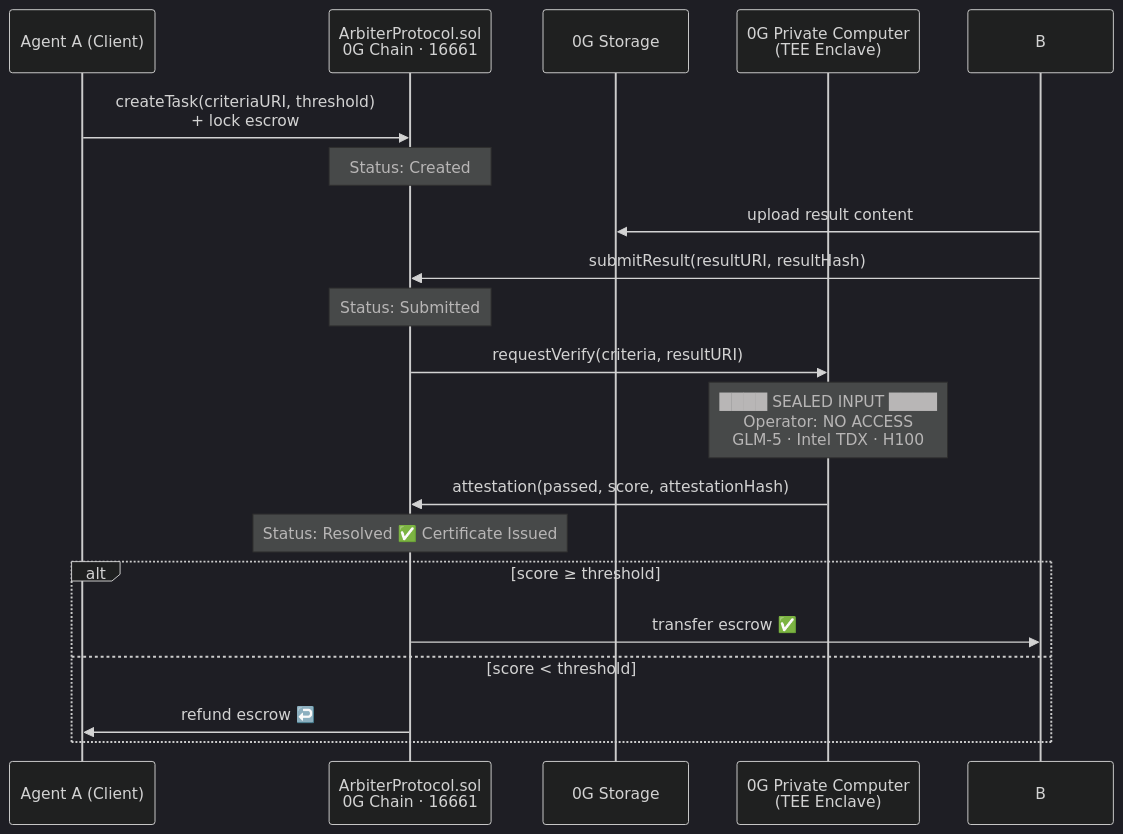
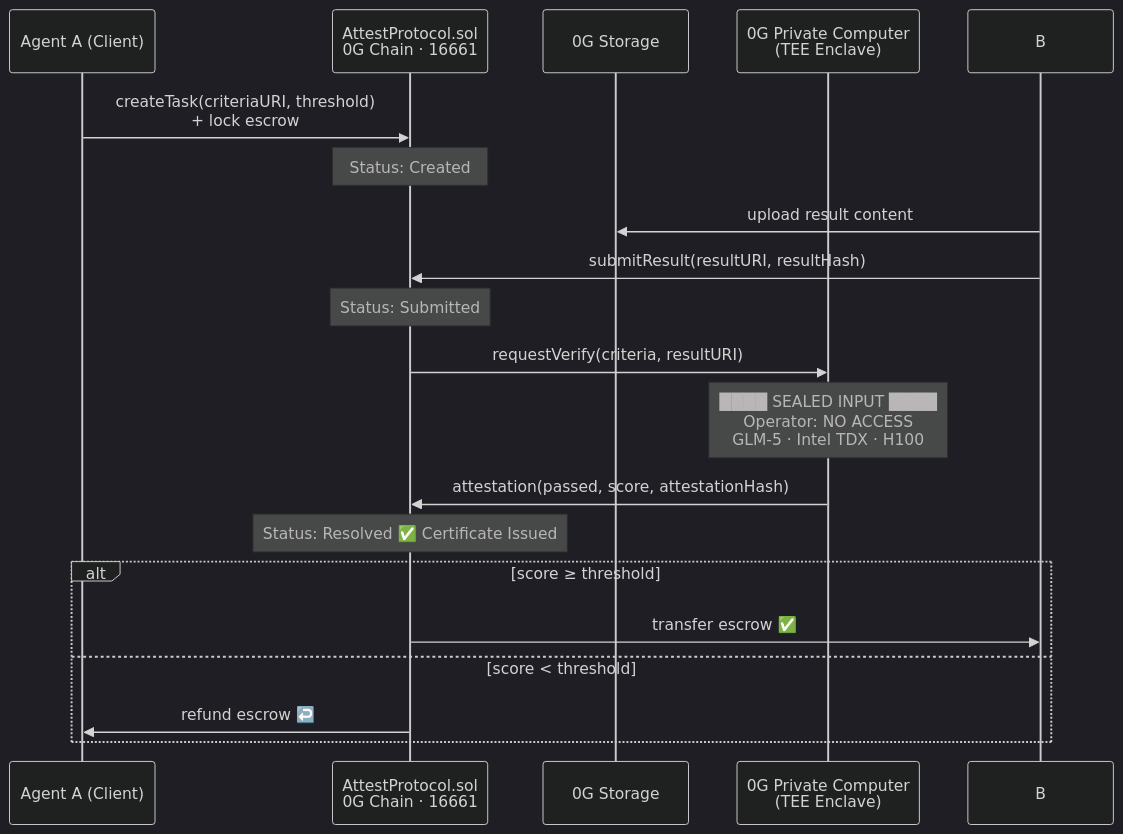
One commit to programmeryuanyuan/ArbiterEscrow changed the second of 2 diagrams in README.md. Above: the diagram before and after it, drawn with Mermaid (dark theme). The commit also changed other lines of this file and 9 other files, not shown here.

````diff
--- a/README.md
+++ b/README.md
@@ -88,26 +131,26 @@
 ```mermaid
 sequenceDiagram
     participant A as Agent A (Client)
-    participant C as ArbiterProtocol.sol<br/>0G Chain · 16661
+    participant C as AttestProtocol.sol<br/>0G Chain · 16661
     participant S as 0G Storage
     participant T as 0G Private Computer<br/>(TEE Enclave)
 
     A->>C: createTask(criteriaURI, threshold)<br/>+ lock escrow
     Note over C: Status: Created
 
     B->>S: upload result content
     B->>C: submitResult(resultURI, resultHash)
     Note over C: Status: Submitted
 
     C->>T: requestVerify(criteria, resultURI)
     Note over T: ████ SEALED INPUT ████<br/>Operator: NO ACCESS<br/>GLM-5 · Intel TDX · H100
 
     T->>C: attestation(passed, score, attestationHash)
     Note over C: Status: Resolved ✅ Certificate Issued
 
     alt score ≥ threshold
         C->>B: transfer escrow ✅
     else score < threshold
         C->>A: refund escrow ↩️
     end
 ```
````
